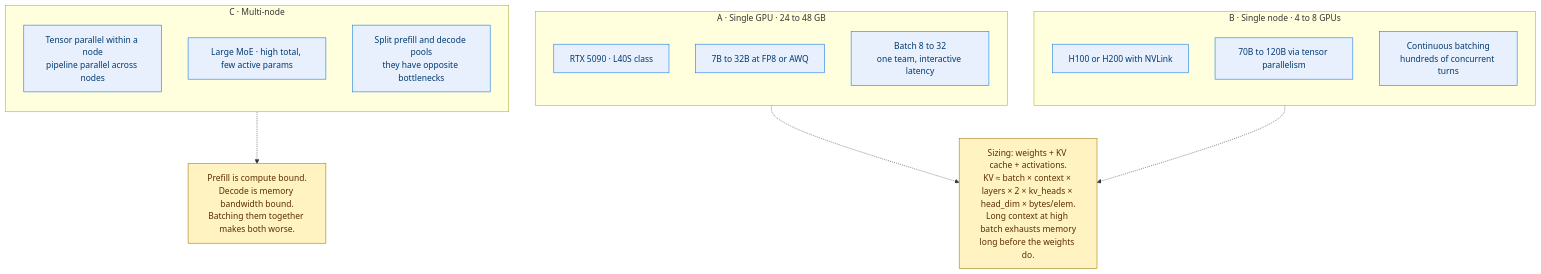
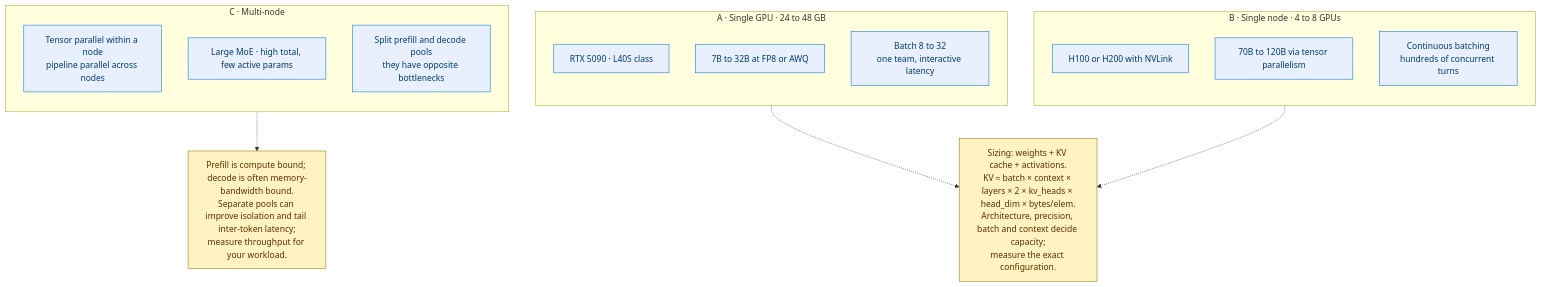
One commit to mlvpatel/open-weight-agent-stack changed diagram 11 of 18 in MANUAL.md. Above: the diagram before and after it, drawn with Mermaid. The commit also changed other lines of this file and 11 other files, not shown here.

````diff
--- a/MANUAL.md
+++ b/MANUAL.md
@@ -965,35 +968,35 @@
 ```mermaid
 flowchart TB
     subgraph A["A · Single GPU · 24 to 48 GB"]
         direction TB
         A1["RTX 5090 · L40S class"]
         A2["7B to 32B at FP8 or AWQ"]
         A3["Batch 8 to 32<br/>one team, interactive latency"]
     end
 
     subgraph B["B · Single node · 4 to 8 GPUs"]
         direction TB
         B1["H100 or H200 with NVLink"]
         B2["70B to 120B via tensor parallelism"]
         B3["Continuous batching<br/>hundreds of concurrent turns"]
     end
 
     subgraph C["C · Multi-node"]
         direction TB
         C1["Tensor parallel within a node<br/>pipeline parallel across nodes"]
         C2["Large MoE · high total, few active params"]
         C3["Split prefill and decode pools<br/>they have opposite bottlenecks"]
     end
 
-    RULE["Sizing: weights + KV cache + activations.<br/>KV ≈ batch × context × layers × 2 × kv_heads × head_dim × bytes/elem.<br/>Long context at high batch exhausts memory<br/>long before the weights do."]
-    SPLIT["Prefill is compute bound.<br/>Decode is memory bandwidth bound.<br/>Batching them together makes both worse."]
+    RULE["Sizing: weights + KV cache + activations.<br/>KV ≈ batch × context × layers × 2 × kv_heads × head_dim × bytes/elem.<br/>Architecture, precision, batch and context decide capacity;<br/>measure the exact configuration."]
+    SPLIT["Prefill is compute bound; decode is often memory-bandwidth bound.<br/>Separate pools can improve isolation and tail inter-token latency;<br/>measure throughput for your workload."]
 
     A -.-> RULE
     B -.-> RULE
     C -.-> SPLIT
 
     classDef tier fill:#e8f0fe,stroke:#0071e3,color:#003a70
     classDef note fill:#fff3c2,stroke:#997404,color:#5c2e00
     class A1,A2,A3,B1,B2,B3,C1,C2,C3 tier
     class RULE,SPLIT note
 ```
````
